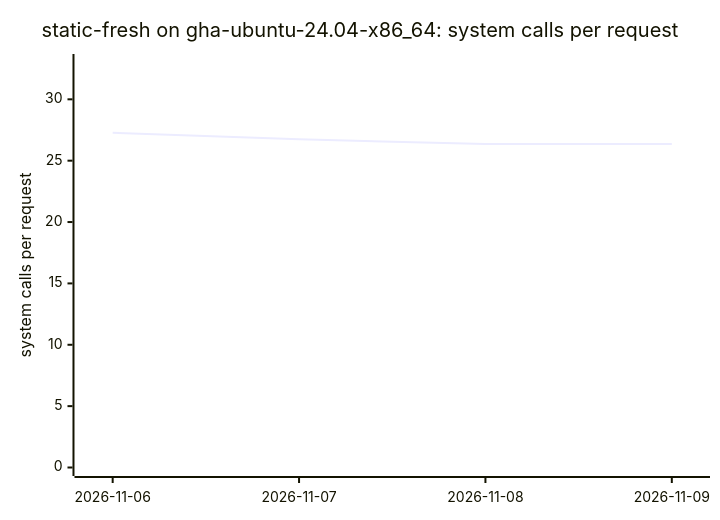
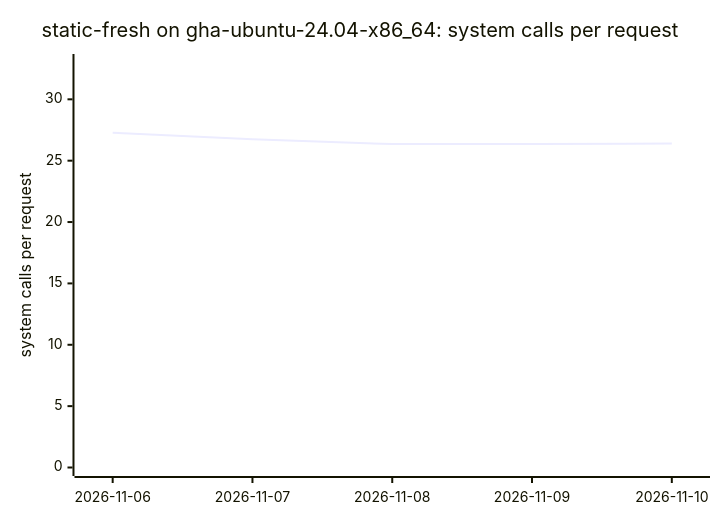
Diagram 12 of 18 in BENCHMARKS.md (ThePixelPilgrim/durchlauferhitzer), drawn with Mermaid before and after one commit. The commit also changed other lines of this file and 1 other file, not shown here.

````diff
--- a/BENCHMARKS.md
+++ b/BENCHMARKS.md
@@ -138,7 +138,7 @@
 ```mermaid
 xychart-beta
   title "static-fresh on gha-ubuntu-24.04-x86_64: system calls per request"
-  x-axis ["2026-11-06", "2026-11-07", "2026-11-08", "2026-11-09"]
+  x-axis ["2026-11-06", "2026-11-07", "2026-11-08", "2026-11-09", "2026-11-10"]
   y-axis "system calls per request" 0 --> 33
-  line [27.28, 26.75, 26.35, 26.36]
+  line [27.28, 26.75, 26.35, 26.36, 26.40]
 ```
````
